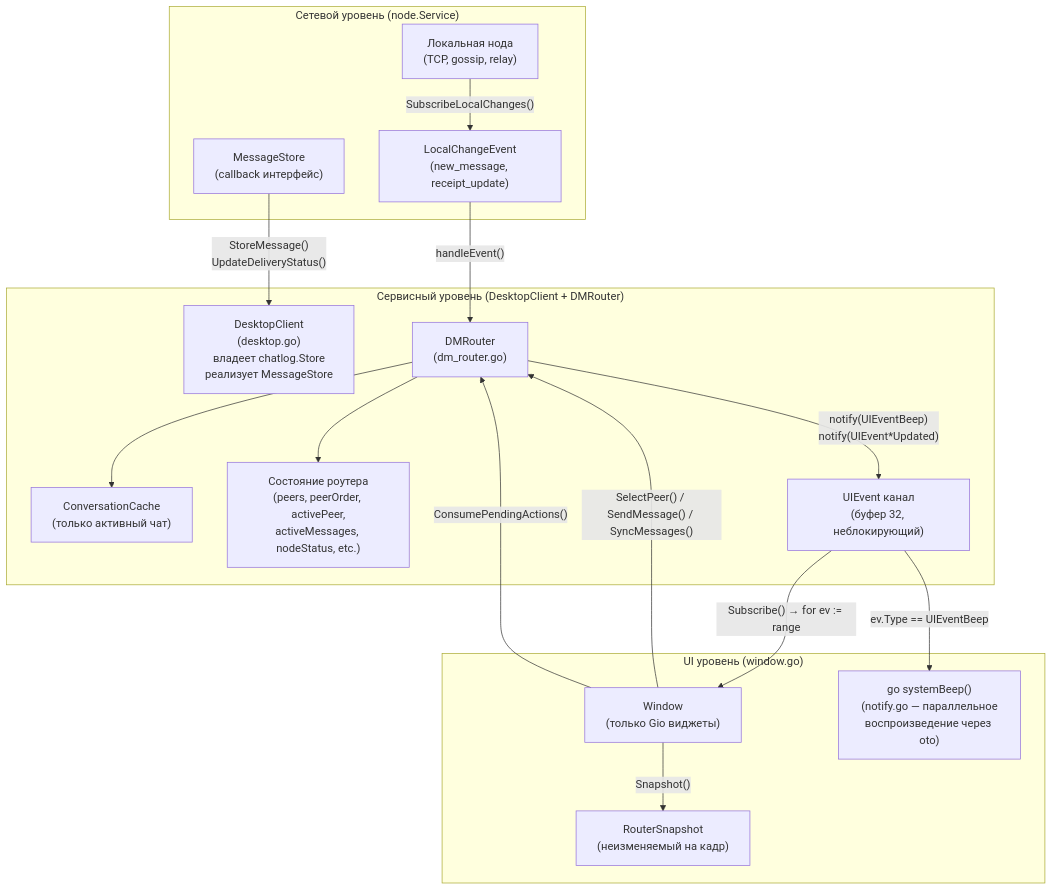
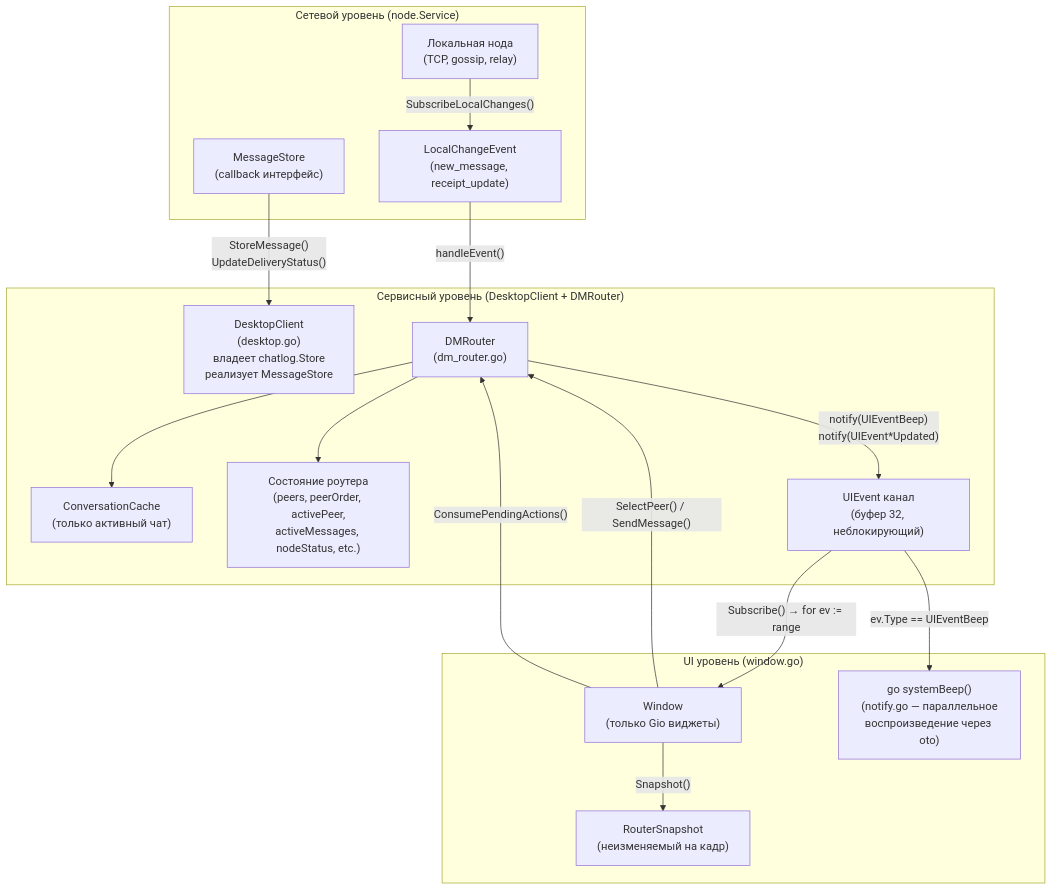
One commit to piratecash/corsa changed the fourth of 4 diagrams in docs/dm_router.md. Above: the diagram before and after it, drawn with Mermaid. The commit also changed other lines of this file and 3 other files, not shown here.

Commit message:
ui: remove sync messages button

````diff
--- a/docs/dm_router.md
+++ b/docs/dm_router.md
@@ -471,34 +470,34 @@
 ```mermaid
 flowchart TB
     subgraph NET["Сетевой уровень (node.Service)"]
         NODE["Локальная нода\n(TCP, gossip, relay)"]
         MSTORE["MessageStore\n(callback интерфейс)"]
         EVENTS["LocalChangeEvent\n(new_message, receipt_update)"]
     end
 
     subgraph SVC["Сервисный уровень (DesktopClient + DMRouter)"]
         DC["DesktopClient\n(desktop.go)\nвладеет chatlog.Store\nреализует MessageStore"]
         DR["DMRouter\n(dm_router.go)"]
         CACHE["ConversationCache\n(только активный чат)"]
         STATE["Состояние роутера\n(peers, peerOrder, activePeer,\nactiveMessages, nodeStatus, etc.)"]
         UIEVENTS["UIEvent канал\n(буфер 32, неблокирующий)"]
     end
 
     subgraph UI["UI уровень (window.go)"]
         WIN["Window\n(только Gio виджеты)"]
         SNAP["RouterSnapshot\n(неизменяемый на кадр)"]
         BEEP["go systemBeep()\n(notify.go — параллельное\nвоспроизведение через oto)"]
     end
 
     NODE -->|"SubscribeLocalChanges()"| EVENTS
     MSTORE -->|"StoreMessage()\nUpdateDeliveryStatus()"| DC
     EVENTS -->|"handleEvent()"| DR
     DR --> CACHE
     DR --> STATE
     DR -->|"notify(UIEventBeep)\nnotify(UIEvent*Updated)"| UIEVENTS
     UIEVENTS -->|"Subscribe() → for ev := range"| WIN
     UIEVENTS -->|"ev.Type == UIEventBeep"| BEEP
     WIN -->|"Snapshot()"| SNAP
-    WIN -->|"SelectPeer() / SendMessage() / SyncMessages()"| DR
+    WIN -->|"SelectPeer() / SendMessage()"| DR
     WIN -->|"ConsumePendingActions()"| DR
 ```
````
